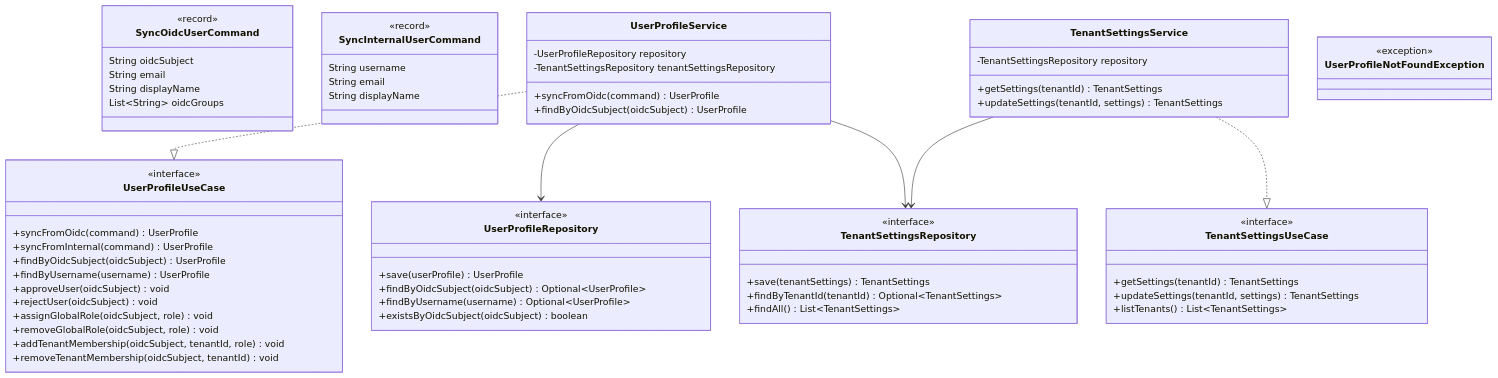
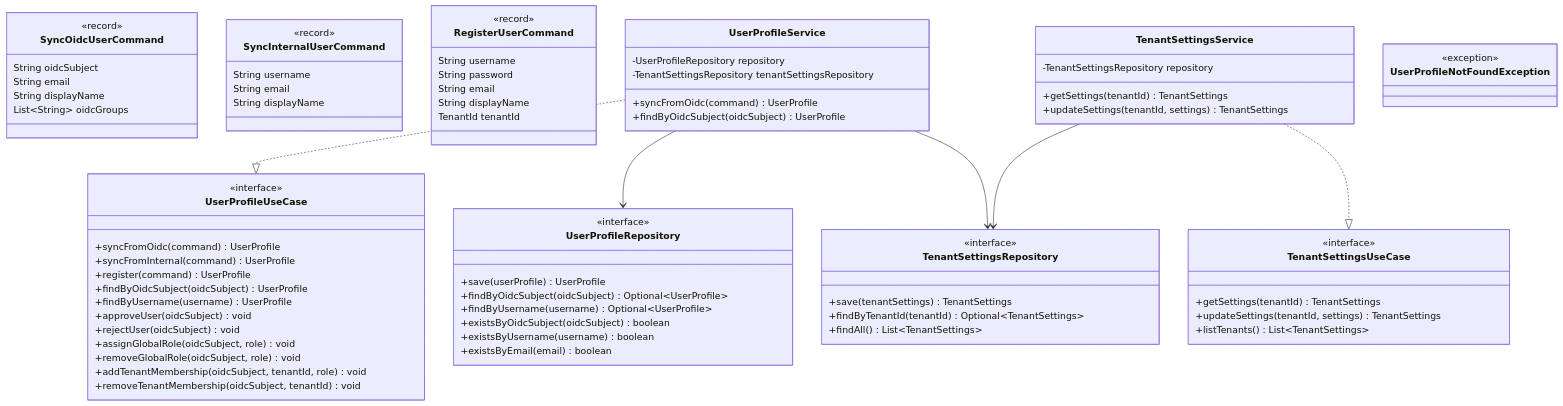
The third of 5 diagrams in docs/design/modules/ROOT/pages/user-management/index.adoc (tomirgang/tomsblog), drawn with Mermaid before and after one commit. The commit also changed other lines of this file and 32 other files, not shown here.

```diff
--- a/docs/design/modules/ROOT/pages/user-management/index.adoc
+++ b/docs/design/modules/ROOT/pages/user-management/index.adoc
@@ -178,6 +178,7 @@
         <<interface>>
         +syncFromOidc(command) UserProfile
         +syncFromInternal(command) UserProfile
+        +register(command) UserProfile
         +findByOidcSubject(oidcSubject) UserProfile
         +findByUsername(username) UserProfile
         +approveUser(oidcSubject) void
@@ -210,12 +211,23 @@
         String displayName
     }
 
+    class RegisterUserCommand {
+        <<record>>
+        String username
+        String password
+        String email
+        String displayName
+        TenantId tenantId
+    }
+
     class UserProfileRepository {
         <<interface>>
         +save(userProfile) UserProfile
         +findByOidcSubject(oidcSubject) Optional~UserProfile~
         +findByUsername(username) Optional~UserProfile~
         +existsByOidcSubject(oidcSubject) boolean
+        +existsByUsername(username) boolean
+        +existsByEmail(email) boolean
     }
 
     class TenantSettingsRepository {
```
